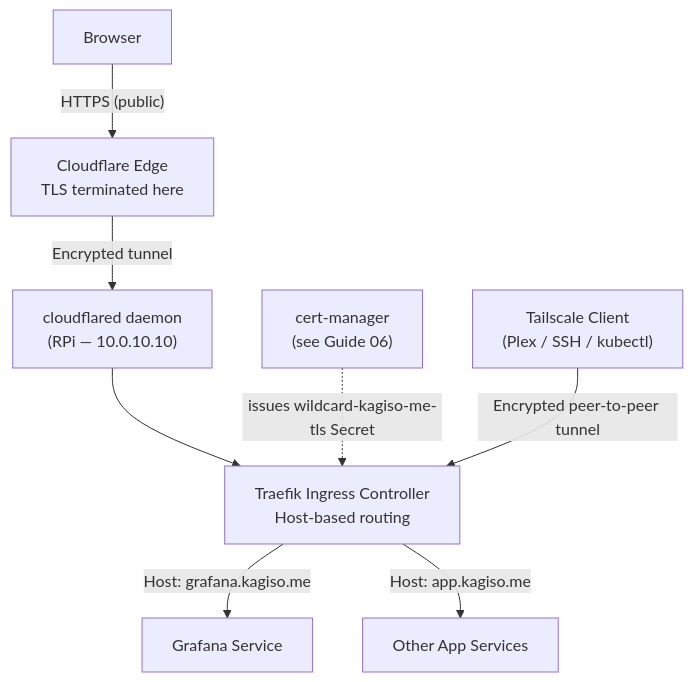
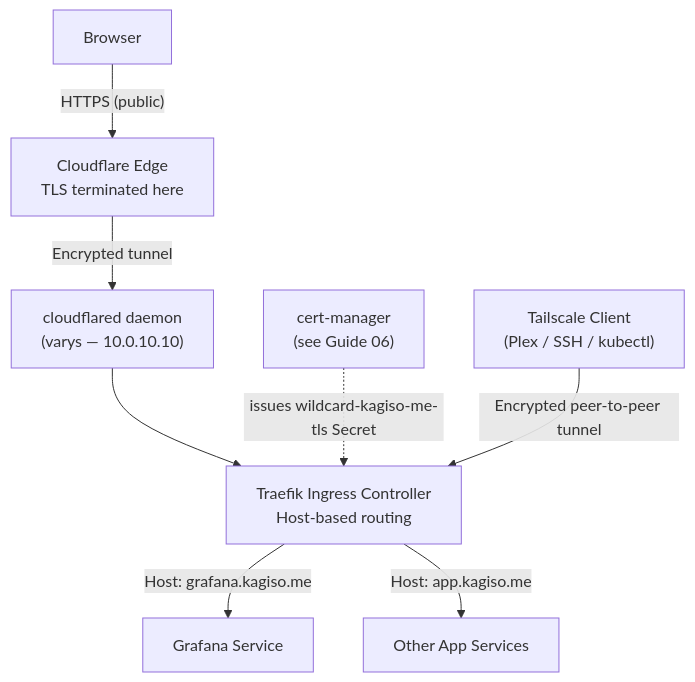
One commit to Kagiso-me/homelab-infrastructure changed the first of 2 diagrams in docs/guides/05-Networking-MetalLB-Traefik.md. Above: the diagram before and after it, drawn with Mermaid. The commit also changed other lines of this file and 33 other files, not shown here.

````diff
--- a/docs/guides/05-Networking-MetalLB-Traefik.md
+++ b/docs/guides/05-Networking-MetalLB-Traefik.md
@@ -82,10 +82,10 @@
 ```mermaid
 graph TD
     Browser["Browser"] -->|"HTTPS (public)"| CF["Cloudflare Edge<br/>TLS terminated here"]
-    CF -->|"Encrypted tunnel"| CFD["cloudflared daemon<br/>(RPi — 10.0.10.10)"]
+    CF -->|"Encrypted tunnel"| CFD["cloudflared daemon<br/>(varys — 10.0.10.10)"]
     CFD --> Traefik["Traefik Ingress Controller<br/>Host-based routing"]
     Traefik -->|"Host: grafana.kagiso.me"| Grafana["Grafana Service"]
     Traefik -->|"Host: app.kagiso.me"| App["Other App Services"]
     CertManager["cert-manager<br/>(see Guide 06)"] -.->|issues wildcard-kagiso-me-tls Secret| Traefik
     TS["Tailscale Client<br/>(Plex / SSH / kubectl)"] -->|"Encrypted peer-to-peer tunnel"| Traefik
 ```
````
